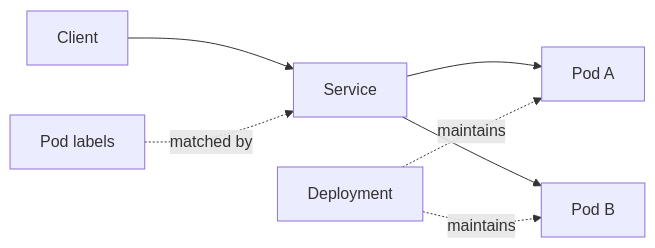
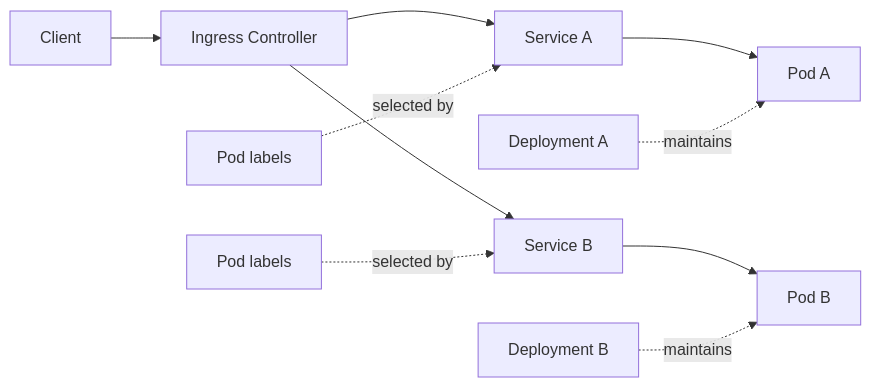
One commit to EElshamy/k8s-learning-lab changed the second of 2 diagrams in README.md. Above: the diagram before and after it, drawn with Mermaid. The commit also changed other lines of this file, not shown here.

Commit message:
Document Lab 12 Ingress in learning roadmap

```diff
--- a/README.md
+++ b/README.md
@@ -44,9 +45,12 @@
 ~~~mermaid
 flowchart LR
-  U["Client"] --> S["Service"]
-  S --> P1["Pod A"]
-  S --> P2["Pod B"]
-  D["Deployment"] -. maintains .-> P1
-  D -. maintains .-> P2
-  L["Pod labels"] -. matched by .-> S
+  U["Client"] --> I["Ingress Controller"]
+  I --> S1["Service A"]
+  I --> S2["Service B"]
+  S1 --> P1["Pod A"]
+  S2 --> P2["Pod B"]
+  D1["Deployment A"] -. maintains .-> P1
+  D2["Deployment B"] -. maintains .-> P2
+  L1["Pod labels"] -. selected by .-> S1
+  L2["Pod labels"] -. selected by .-> S2
 ~~~
```
